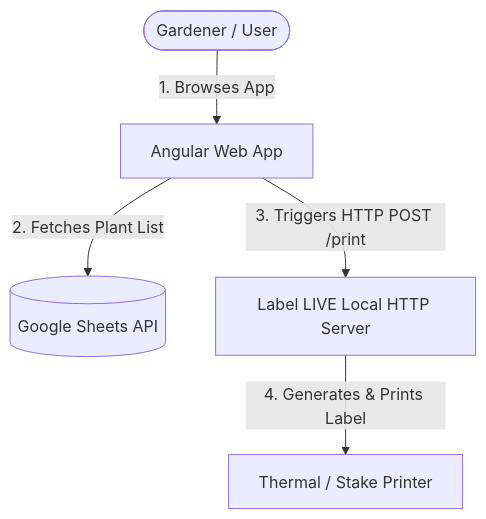
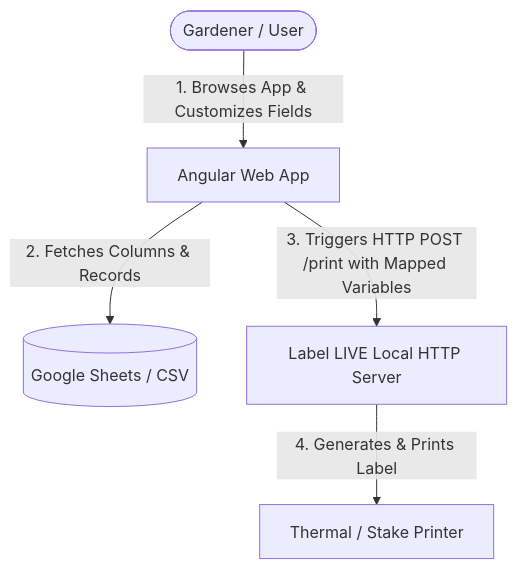
The diagram in README.md (helfrichmichael/plant-stake-labeler), drawn with Mermaid before and after one commit. The commit also changed other lines of this file and 1 other file, not shown here.

````diff
--- a/README.md
+++ b/README.md
@@ -11,7 +11,7 @@
 ```mermaid
 graph TD
-    User([Gardener / User]) -->|1. Browses App| Frontend[Angular Web App]
-    Frontend -->|2. Fetches Plant List| GoogleSheets[(Google Sheets API)]
-    Frontend -->|3. Triggers HTTP POST /print| LabelLive[Label LIVE Local HTTP Server]
+    User([Gardener / User]) -->|1. Browses App & Customizes Fields| Frontend[Angular Web App]
+    Frontend -->|2. Fetches Columns & Records| GoogleSheets[(Google Sheets / CSV)]
+    Frontend -->|3. Triggers HTTP POST /print with Mapped Variables| LabelLive[Label LIVE Local HTTP Server]
     LabelLive -->|4. Generates & Prints Label| LabelPrinter[Thermal / Stake Printer]
 ```
````
